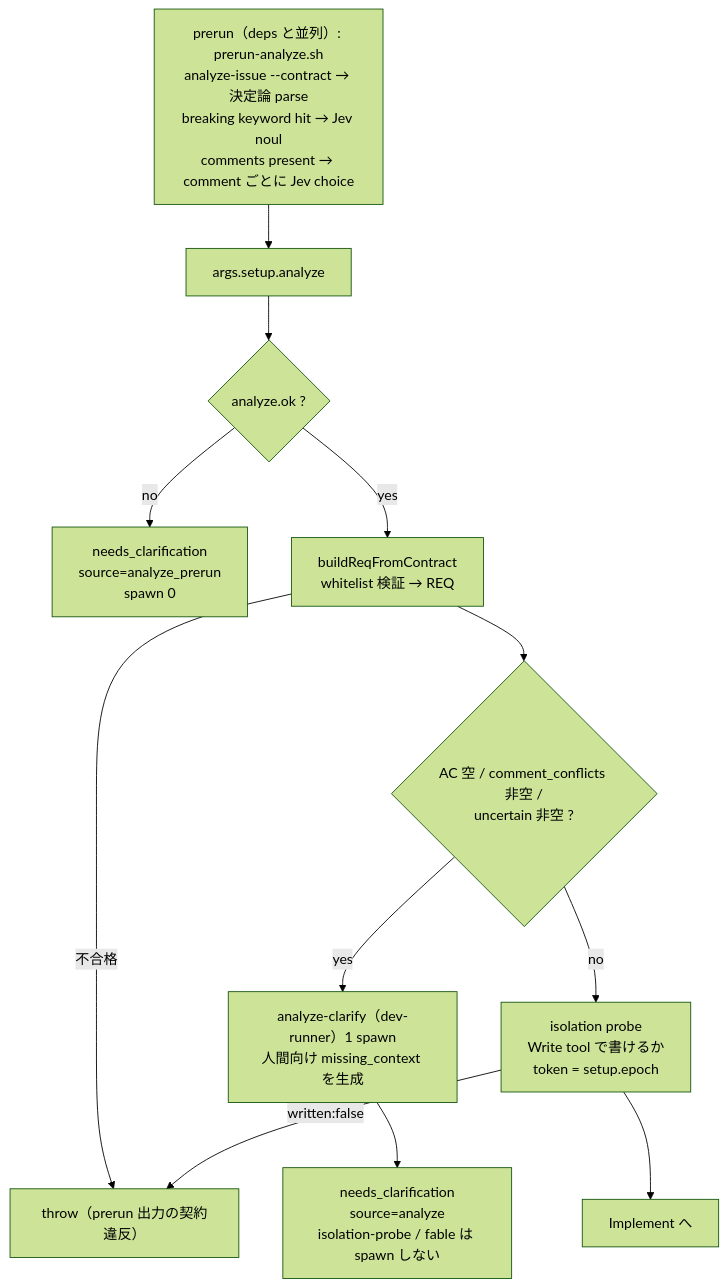
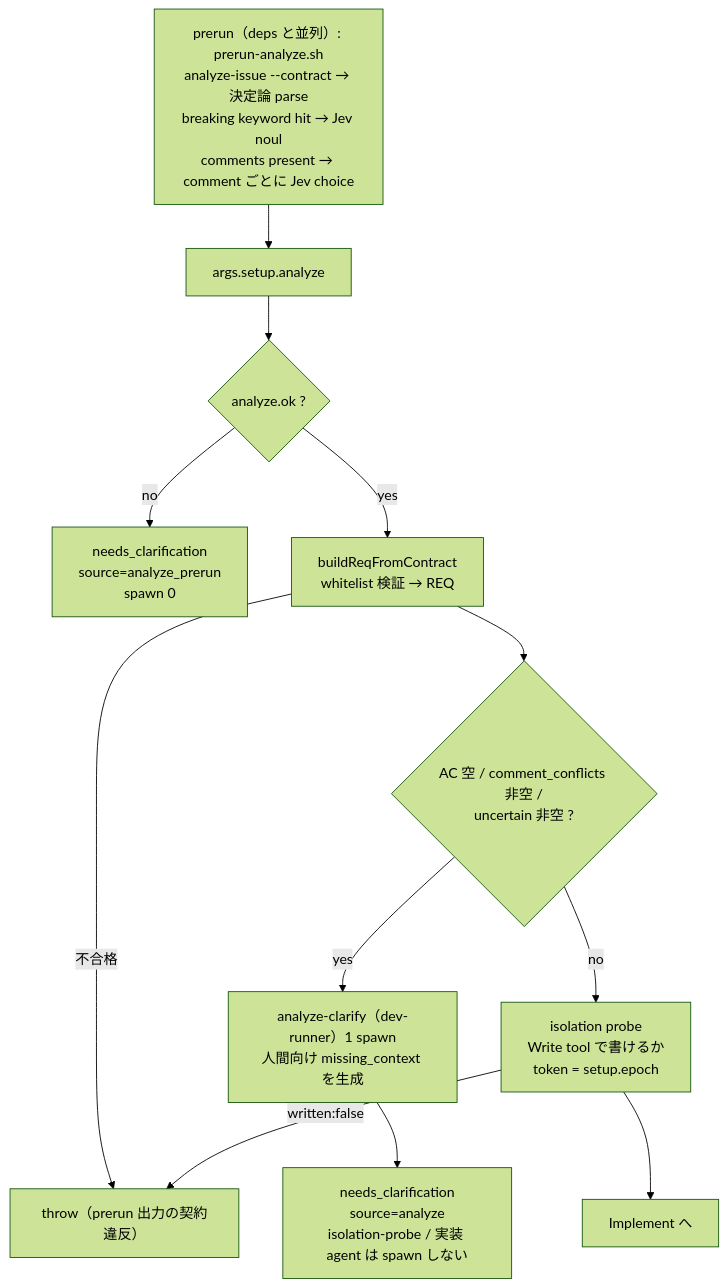
One commit to it-all-playpark/skills changed the third of 13 diagrams in docs/dev-flow-atlas.md. Above: the diagram before and after it, drawn with Mermaid (forest theme). The commit also changed other lines of this file and 99 other files, not shown here.

First line of the commit message:
refactor(dev-flow): 実態と合わない名前を直す（dev-implement-fable → dev-implementer、parallel-disjoint → declared-paths、古い model コメント） (#762)

````diff
--- a/docs/dev-flow-atlas.md
+++ b/docs/dev-flow-atlas.md
@@ -90,14 +90,14 @@
 ```mermaid
 flowchart TD
     PA["prerun（deps と並列）: prerun-analyze.sh<br/>analyze-issue --contract → 決定論 parse<br/>breaking keyword hit → Jev noul<br/>comments present → comment ごとに Jev choice"] --> IN["args.setup.analyze"]
     IN --> A0{"analyze.ok ?"}
     A0 -->|no| NC["needs_clarification<br/>source=analyze_prerun<br/>spawn 0"]
     A0 -->|yes| A1["buildReqFromContract<br/>whitelist 検証 → REQ"]
     A1 -->|"不合格"| AB["throw（prerun 出力の契約違反）"]
     A1 --> A2{"AC 空 / comment_conflicts 非空 /<br/>uncertain 非空 ?"}
     A2 -->|yes| A3["analyze-clarify（dev-runner）1 spawn<br/>人間向け missing_context を生成"]
-    A3 --> NC2["needs_clarification<br/>source=analyze<br/>isolation-probe / fable は spawn しない"]
+    A3 --> NC2["needs_clarification<br/>source=analyze<br/>isolation-probe / 実装 agent は spawn しない"]
     A2 -->|no| A4["isolation probe<br/>Write tool で書けるか<br/>token = setup.epoch"]
     A4 -->|"written:false"| AB
     A4 --> OUT["Implement へ"]
 ```
````
